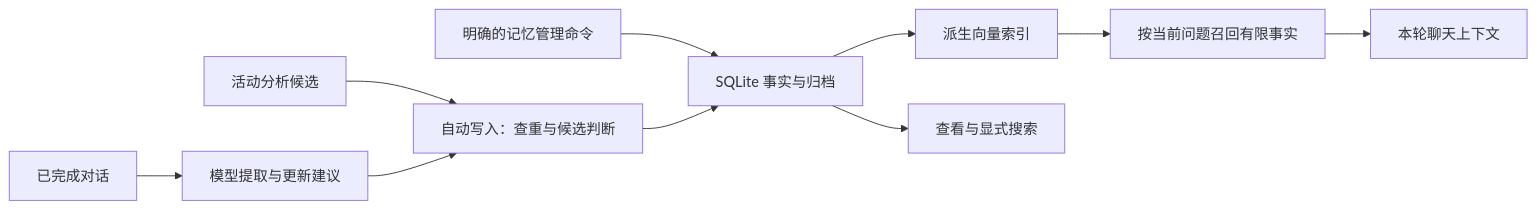
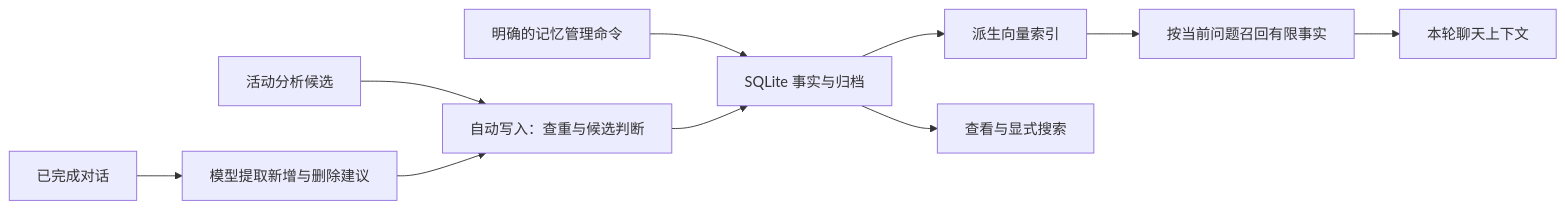
Before and after one commit to binyouo/Biny-Agent: the diagram in docs/MEMORY.md, drawn with Mermaid. The commit also changed other lines of this file and 29 other files, not shown here.

````diff
--- a/docs/MEMORY.md
+++ b/docs/MEMORY.md
@@ -9,12 +9,12 @@
 ```mermaid
 flowchart LR
-    Conversation[已完成对话] --> Extraction[模型提取与更新建议]
+    Conversation[已完成对话] --> Extraction[模型提取新增与删除建议]
     Activity[活动分析候选] --> Auto[自动写入：查重与候选判断]
     Extraction --> Auto
     Manual[明确的记忆管理命令] --> Store[SQLite 事实与归档]
     Auto --> Store
     Store --> Index[派生向量索引]
     Index --> Recall[按当前问题召回有限事实]
     Store --> Search[查看与显式搜索]
     Recall --> Context[本轮聊天上下文]
 ```
````
